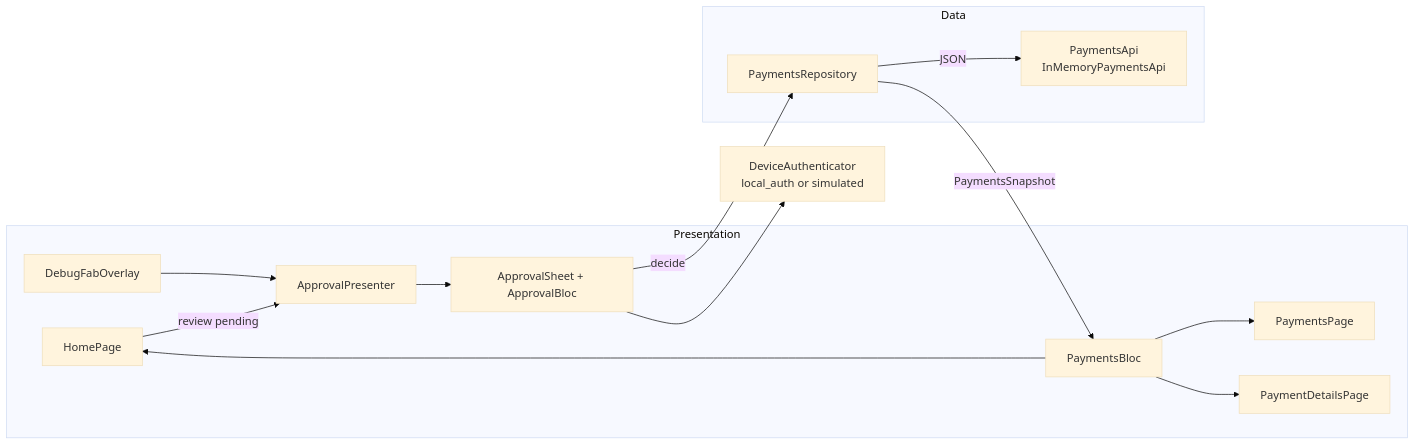
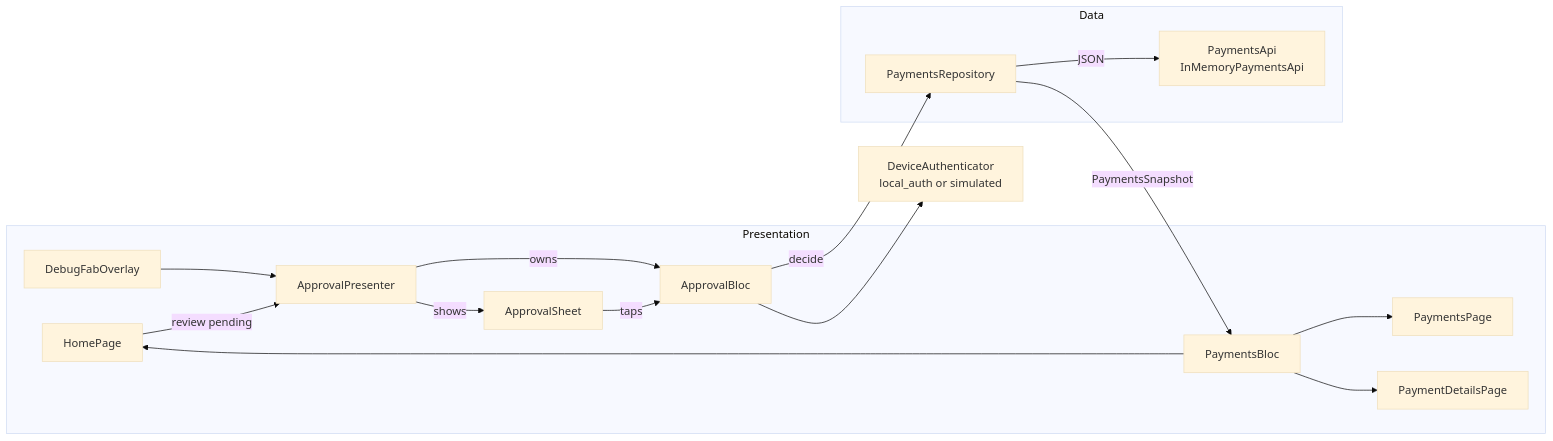
Before and after one commit to SardorbekR/payment-approval-flow: the diagram in README.md, drawn with Mermaid (base theme). The commit also changed other lines of this file and 15 other files, not shown here.

````diff
--- a/README.md
+++ b/README.md
@@ -102,26 +102,29 @@
 ```mermaid
 flowchart LR
   subgraph Presentation
     Home[HomePage]
     List[PaymentsPage]
     Details[PaymentDetailsPage]
     Fab[DebugFabOverlay]
     Presenter[ApprovalPresenter]
-    Sheet[ApprovalSheet + ApprovalBloc]
+    Sheet[ApprovalSheet]
+    Decision[ApprovalBloc]
     PB[PaymentsBloc]
   end
   subgraph Data
     Repo[PaymentsRepository]
     Api[PaymentsApi<br/>InMemoryPaymentsApi]
   end
   Auth[DeviceAuthenticator<br/>local_auth or simulated]
 
   Fab --> Presenter
   Home -- review pending --> Presenter
-  Presenter --> Sheet
-  Sheet --> Auth
-  Sheet -- decide --> Repo
+  Presenter -- shows --> Sheet
+  Presenter -- owns --> Decision
+  Sheet -- taps --> Decision
+  Decision --> Auth
+  Decision -- decide --> Repo
   Repo -- JSON --> Api
   Repo -- PaymentsSnapshot --> PB
   PB --> Home & List & Details
 ```
````
